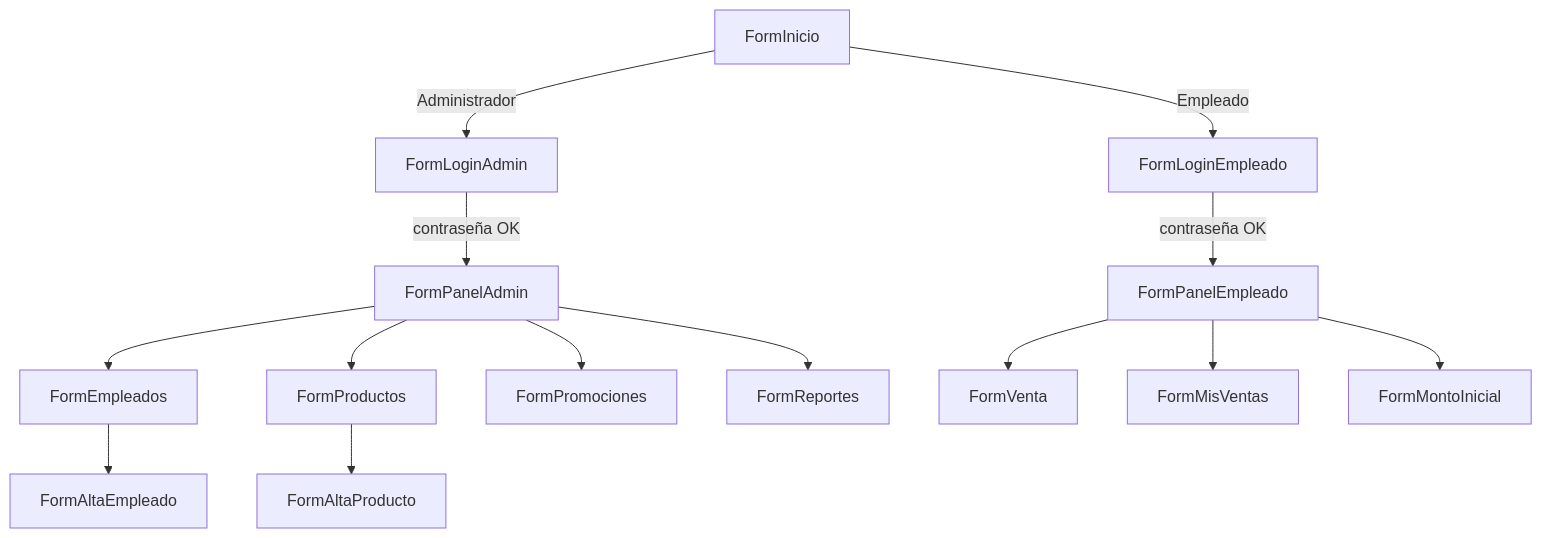
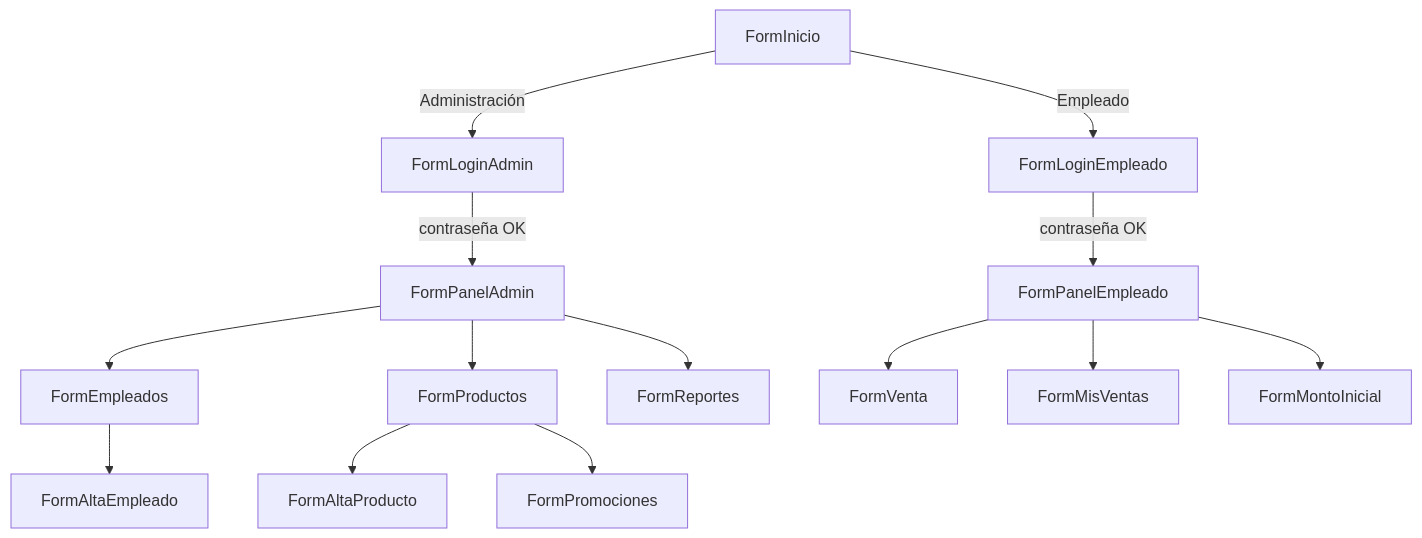
One commit to bios666/kiosco-paradigma changed the second of 3 diagrams in MANUAL.md. Above: the diagram before and after it, drawn with Mermaid. The commit also changed other lines of this file and 26 other files, not shown here.

First line of the commit message:
Cambios en Inicio, Administración, Productos y Precios/Promociones

````diff
--- a/MANUAL.md
+++ b/MANUAL.md
@@ -372,16 +397,16 @@
 ```mermaid
 flowchart TD
-    I[FormInicio] -->|Administrador| LA[FormLoginAdmin]
+    I[FormInicio] -->|Administración| LA[FormLoginAdmin]
     LA -->|contraseña OK| PA[FormPanelAdmin]
     PA --> FE[FormEmpleados]
     FE --> FAE[FormAltaEmpleado]
     PA --> FP[FormProductos]
     FP --> FAP[FormAltaProducto]
-    PA --> FPR[FormPromociones]
+    FP --> FPR[FormPromociones]
     PA --> FR[FormReportes]
     I -->|Empleado| LE[FormLoginEmpleado]
     LE -->|contraseña OK| PE[FormPanelEmpleado]
     PE --> FV[FormVenta]
     PE --> FMV[FormMisVentas]
     PE --> FM[FormMontoInicial]
 ```
````
